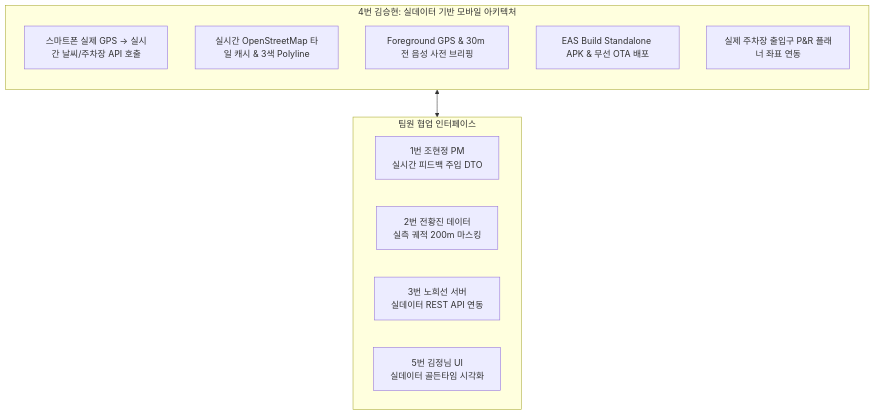
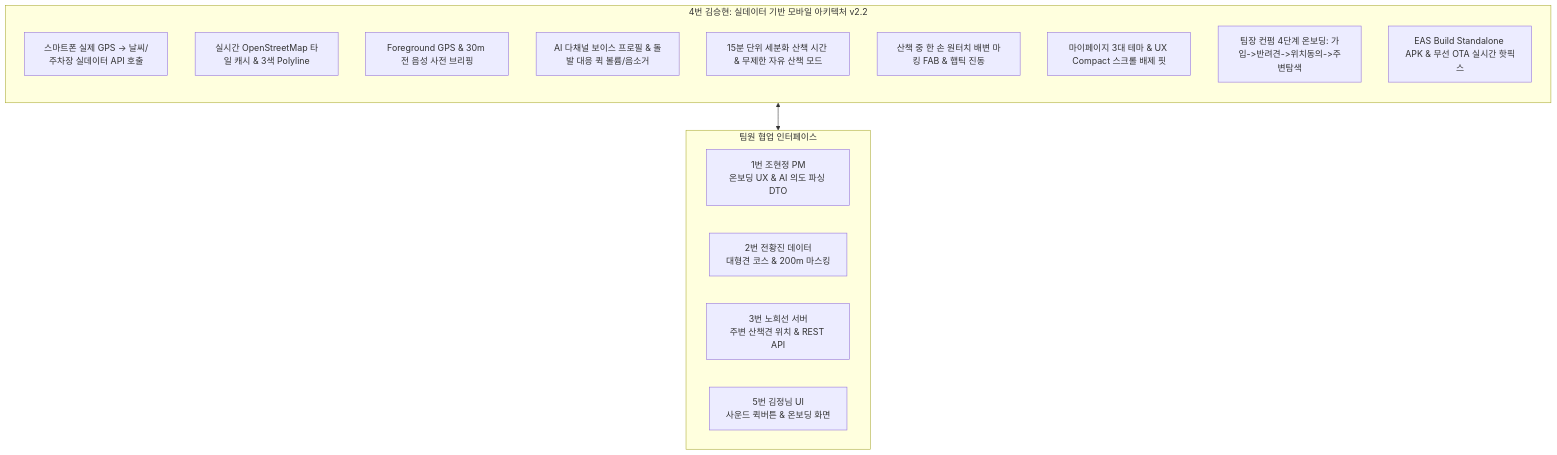
One commit to gigantess/pet_walk_t01 changed the first of 2 diagrams in docs/implementation_plan/김승현_향후_구현계획.md. Above: the diagram before and after it, drawn with Mermaid. The commit also changed other lines of this file and 73 other files, not shown here.

First line of the commit message:
feat: #37, #38, #39 기능 구현 완료 (AI 보이스 & 스마트 짖음 자동 음소거, 산책 시간 세분화, 4단계 온보딩) (#43)

````diff
--- a/docs/implementation_plan/김승현_향후_구현계획.md
+++ b/docs/implementation_plan/김승현_향후_구현계획.md
@@ -18,20 +26,24 @@
 ```mermaid
 flowchart TD
-    subgraph RealData_Mobile_Lead [4번 김승현: 실데이터 기반 모바일 아키텍처]
+    subgraph RealData_Mobile_Lead [4번 김승현: 실데이터 기반 모바일 아키텍처 v2.2]
         direction TB
-        A1[스마트폰 실제 GPS -> 실시간 날씨/주차장 API 호출]
+        A1[스마트폰 실제 GPS -> 날씨/주차장 실데이터 API 호출]
         A2[실시간 OpenStreetMap 타일 캐시 & 3색 Polyline]
         A3[Foreground GPS & 30m 전 음성 사전 브리핑]
-        A4[EAS Build Standalone APK & 무선 OTA 배포]
-        A5[실제 주차장 출입구 P&R 플래너 좌표 연동]
+        A4[AI 다채널 보이스 프로필 & 돌발 대응 퀵 볼륨/음소거]
+        A5[15분 단위 세분화 산책 시간 & 무제한 자유 산책 모드]
+        A6[산책 중 한 손 원터치 배변 마킹 FAB & 햅틱 진동]
+        A7[마이페이지 3대 테마 & UX Compact 스크롤 배제 핏]
+        A8[팀장 컨펌 4단계 온보딩: 가입->반려견->위치동의->주변탐색]
+        A9[EAS Build Standalone APK & 무선 OTA 실시간 핫픽스]
     end
 
     subgraph CrossTeam [팀원 협업 인터페이스]
-        T1[1번 조현정 PM<br/>실시간 피드백 주입 DTO]
-        T2[2번 전황진 데이터<br/>실측 궤적 200m 마스킹]
-        T3[3번 노희선 서버<br/>실데이터 REST API 연동]
-        T5[5번 김정님 UI<br/>실데이터 골든타임 시각화]
+        T1[1번 조현정 PM<br/>온보딩 UX & AI 의도 파싱 DTO]
+        T2[2번 전황진 데이터<br/>대형견 코스 & 200m 마스킹]
+        T3[3번 노희선 서버<br/>주변 산책견 위치 & REST API]
+        T5[5번 김정님 UI<br/>사운드 퀵버튼 & 온보딩 화면]
     end
 
     RealData_Mobile_Lead <--> CrossTeam
 ```
````
